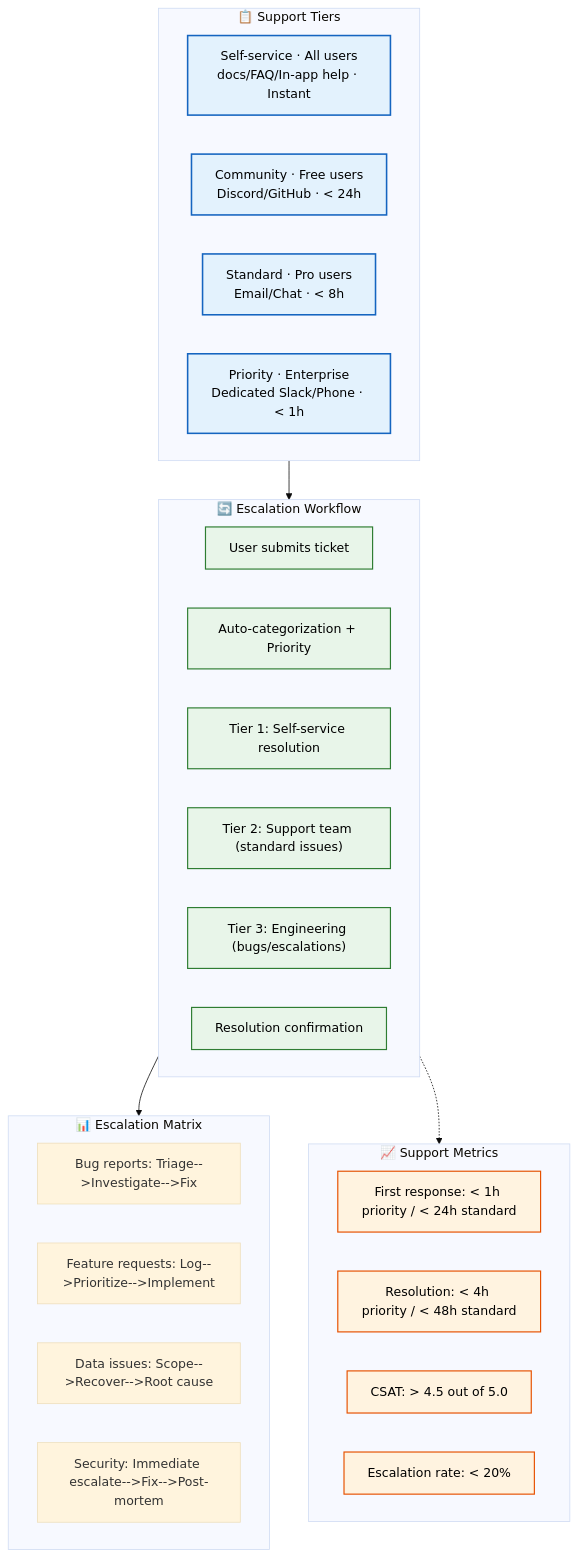
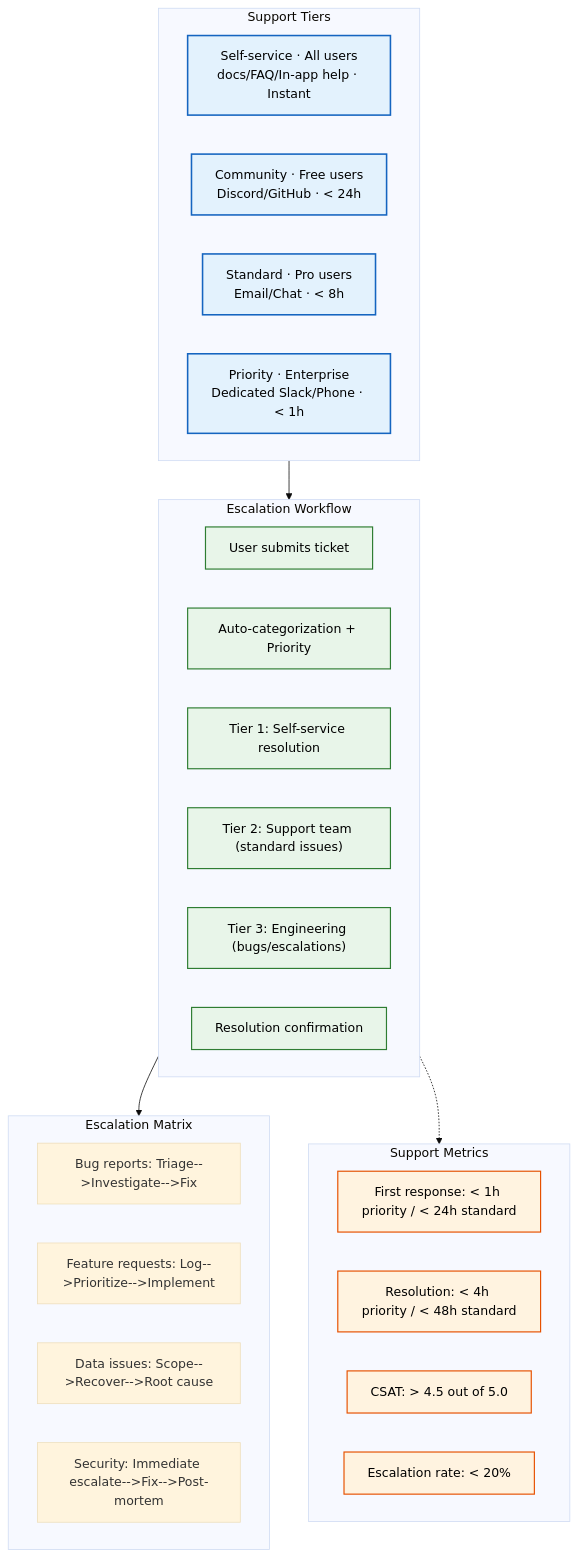
One commit to Driftloom/Vaeloom changed the diagram in docs/operations/Support.md. Above: the diagram before and after it, drawn with Mermaid (base theme). The commit also changed 694 other files, not shown here.

First line of the commit message:
docs: mermaid standardization — encoding/mermaid/duplicate cleanup

````diff
--- a/docs/operations/Support.md
+++ b/docs/operations/Support.md
@@ -8,44 +8,44 @@
 ```mermaid
 graph TD
-    classDef tier fill:#e3f2fd,stroke:#1565c0,color:#000,stroke-width:2px
-    classDef workflow fill:#e8f5e9,stroke:#2e7d32,color:#000,stroke-width:1.5px
-    classDef metric fill:#fff3e0,stroke:#e65100,color:#000,stroke-width:1.5px
+ classDef tier fill:#e3f2fd,stroke:#1565c0,color:#000,stroke-width:2px
+ classDef workflow fill:#e8f5e9,stroke:#2e7d32,color:#000,stroke-width:1.5px
+ classDef metric fill:#fff3e0,stroke:#e65100,color:#000,stroke-width:1.5px
 
-    subgraph Tiers["📋 Support Tiers"]
-        T1["Self-service · All users<br/>docs/FAQ/In-app help · Instant"]
-        T2["Community · Free users<br/>Discord/GitHub · < 24h"]
-        T3["Standard · Pro users<br/>Email/Chat · < 8h"]
-        T4["Priority · Enterprise<br/>Dedicated Slack/Phone · < 1h"]
-    end
+ subgraph Tiers["Support Tiers"]
+ T1["Self-service · All users<br/>docs/FAQ/In-app help · Instant"]
+ T2["Community · Free users<br/>Discord/GitHub · < 24h"]
+ T3["Standard · Pro users<br/>Email/Chat · < 8h"]
+ T4["Priority · Enterprise<br/>Dedicated Slack/Phone · < 1h"]
+ end
 
-    subgraph Workflow["🔄 Escalation Workflow"]
-        W1["User submits ticket"]
-        W2["Auto-categorization + Priority"]
-        W3["Tier 1: Self-service resolution"]
-        W4["Tier 2: Support team (standard issues)"]
-        W5["Tier 3: Engineering (bugs/escalations)"]
-        W6["Resolution confirmation"]
-    end
+ subgraph Workflow["Escalation Workflow"]
+ W1["User submits ticket"]
+ W2["Auto-categorization + Priority"]
+ W3["Tier 1: Self-service resolution"]
+ W4["Tier 2: Support team (standard issues)"]
+ W5["Tier 3: Engineering (bugs/escalations)"]
+ W6["Resolution confirmation"]
+ end
 
-    subgraph Escalation["📊 Escalation Matrix"]
-        E1["Bug reports: Triage-->Investigate-->Fix"]
-        E2["Feature requests: Log-->Prioritize-->Implement"]
-        E3["Data issues: Scope-->Recover-->Root cause"]
-        E4["Security: Immediate escalate-->Fix-->Post-mortem"]
-    end
+ subgraph Escalation["Escalation Matrix"]
+ E1["Bug reports: Triage-->Investigate-->Fix"]
+ E2["Feature requests: Log-->Prioritize-->Implement"]
+ E3["Data issues: Scope-->Recover-->Root cause"]
+ E4["Security: Immediate escalate-->Fix-->Post-mortem"]
+ end
 
-    subgraph Metrics["📈 Support Metrics"]
-        M1["First response: < 1h priority / < 24h standard"]
-        M2["Resolution: < 4h priority / < 48h standard"]
-        M3["CSAT: > 4.5 out of 5.0"]
-        M4["Escalation rate: < 20%"]
-    end
+ subgraph Metrics["Support Metrics"]
+ M1["First response: < 1h priority / < 24h standard"]
+ M2["Resolution: < 4h priority / < 48h standard"]
+ M3["CSAT: > 4.5 out of 5.0"]
+ M4["Escalation rate: < 20%"]
+ end
 
-    Tiers --> Workflow --> Escalation
-    Workflow -.-> Metrics
+ Tiers--> Workflow--> Escalation
+ Workflow -.-> Metrics
 
-    class T1,T2,T3,T4 tier
-    class W1,W2,W3,W4,W5,W6 workflow
-    class E1,E2,E3,E4 escalation
-    class M1,M2,M3,M4 metric
+ class T1,T2,T3,T4 tier
+ class W1,W2,W3,W4,W5,W6 workflow
+ class E1,E2,E3,E4 escalation
+ class M1,M2,M3,M4 metric
 ```
````
